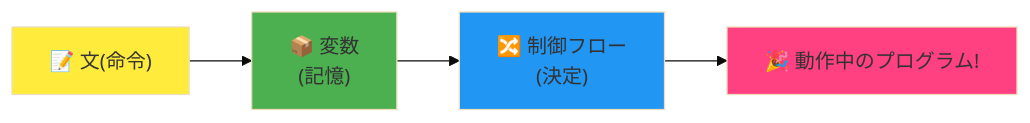
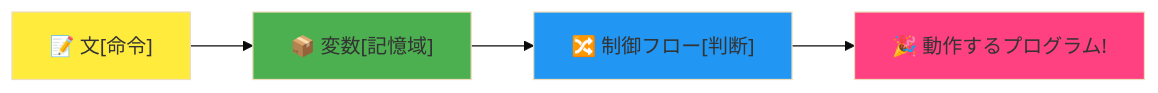
The fourth of 7 diagrams in translations/ja/1-getting-started-lessons/1-intro-to-programming-languages/README.md (microsoft/Web-Dev-For-Beginners), drawn with Mermaid (base theme) before and after one commit. The commit also changed other lines of this file and 8 other files, not shown here.

````diff
--- a/translations/ja/1-getting-started-lessons/1-intro-to-programming-languages/README.md
+++ b/translations/ja/1-getting-started-lessons/1-intro-to-programming-languages/README.md
@@ -467,9 +466,9 @@
 ```mermaid
 flowchart LR
-    A["📝 文<rb/>(命令)"] --> B["📦 変数<br/>(記憶)"] --> C["🔀 制御フロー<br/>(決定)"] --> D["🎉 動作中のプログラム!"]
+    A["📝 文[命令]"] --> B["📦 変数[記憶域]"] --> C["🔀 制御フロー[判断]"] --> D["🎉 動作するプログラム!"]
     
     style A fill:#ffeb3b
     style B fill:#4caf50
     style C fill:#2196f3
     style D fill:#ff4081
 ```  
````
